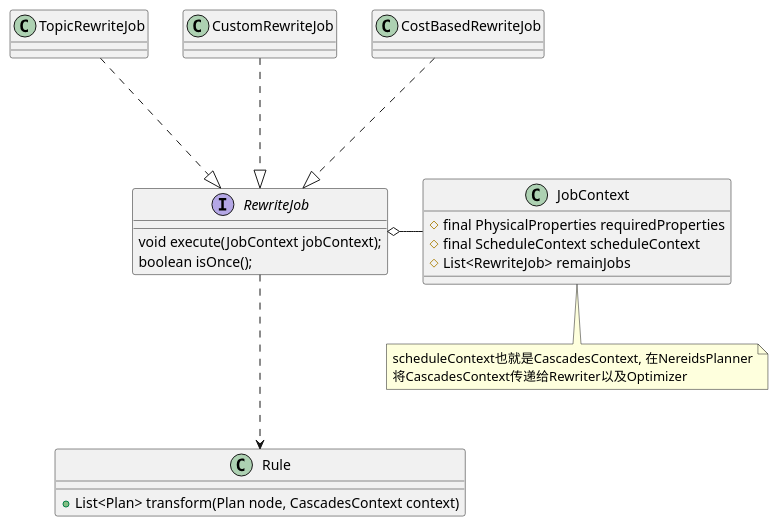
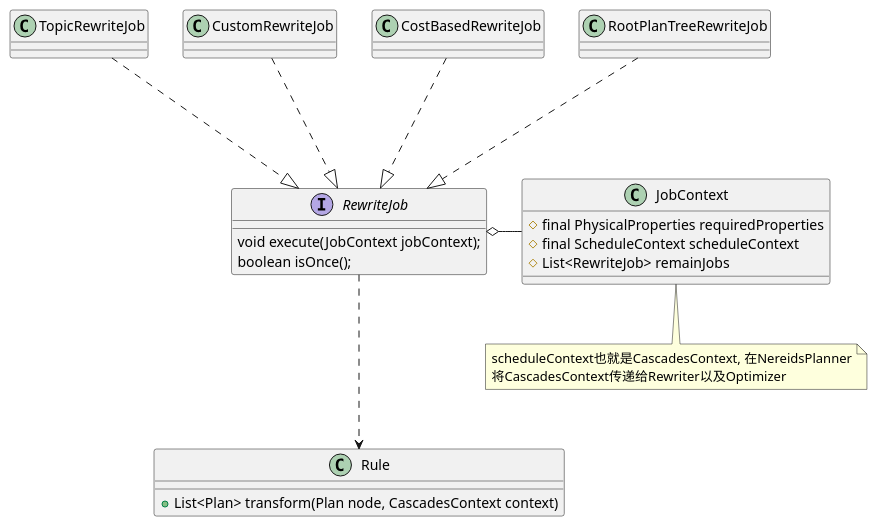
The second of 5 diagrams in doc/DB/Doris/SourceRead/01_00_RewriteFramework.md (DepInjoy/geektime), drawn with PlantUML before and after one commit. The commit also changed other lines of this file, not shown here.

Commit message:
Doris Rewrite Framework

````diff
--- a/doc/DB/Doris/SourceRead/01_00_RewriteFramework.md
+++ b/doc/DB/Doris/SourceRead/01_00_RewriteFramework.md
@@ -148,26 +148,27 @@
 ```plantuml
 @startuml
 interface RewriteJob {
     void execute(JobContext jobContext);
     boolean isOnce();
 }
 
 class JobContext {
     # final PhysicalProperties requiredProperties
     # final ScheduleContext scheduleContext
     # List<RewriteJob> remainJobs
 }
 note bottom: scheduleContext也就是CascadesContext, 在NereidsPlanner\n将CascadesContext传递给Rewriter以及Optimizer
 
 class Rule {
     + List<Plan> transform(Plan node, CascadesContext context)
 }
 
 JobContext -left--o RewriteJob
 TopicRewriteJob -down..|> RewriteJob
 CustomRewriteJob -down..|> RewriteJob
 CostBasedRewriteJob -down..|> RewriteJob
+RootPlanTreeRewriteJob -down..|> RewriteJob
 
 RewriteJob -down..> Rule
 @enduml
 ```
````
